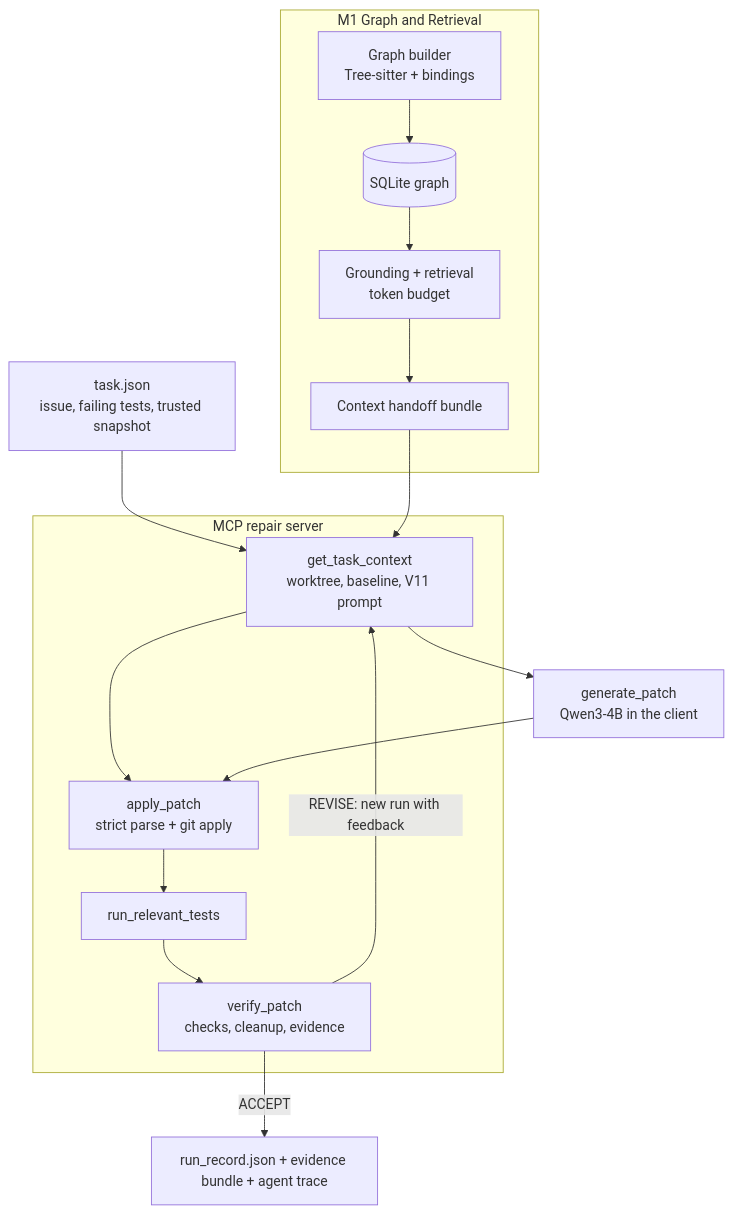
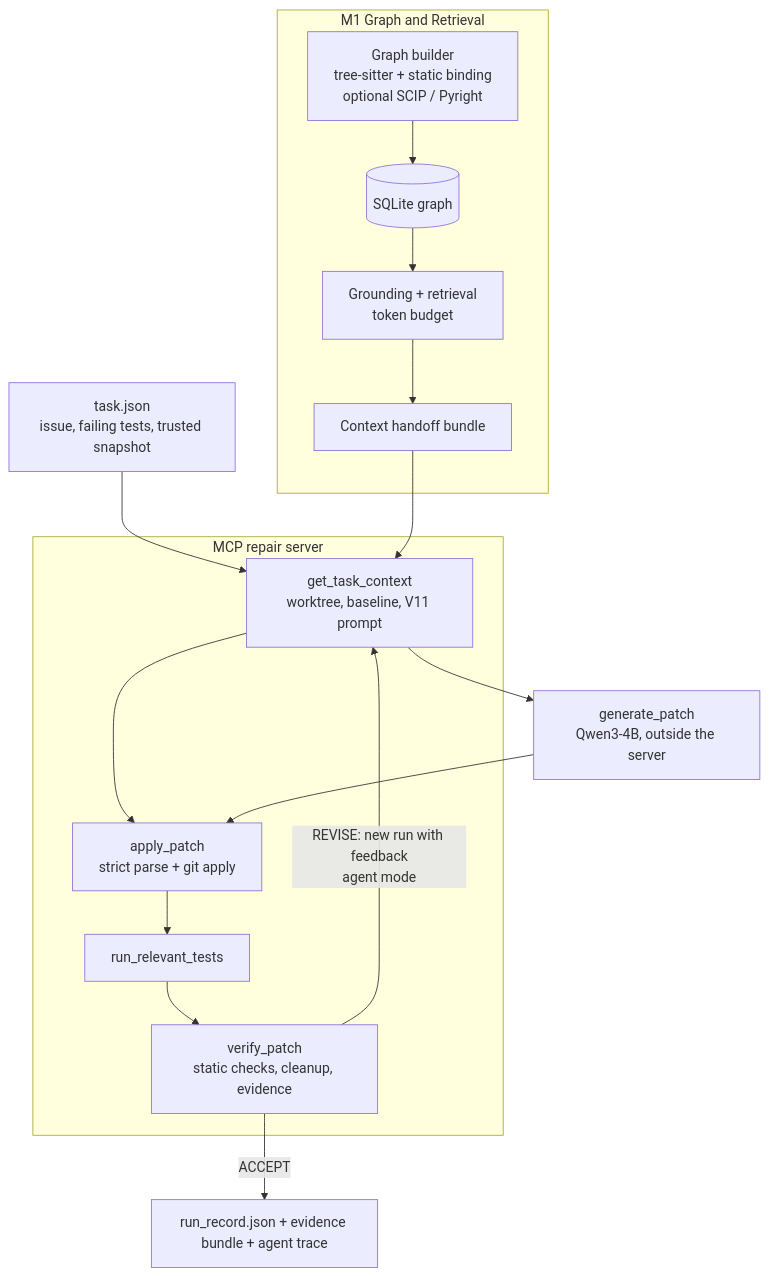
Before and after one commit to GauKho/VGAR: the second of 2 diagrams in README.md, drawn with Mermaid. The commit also changed other lines of this file, not shown here.

````diff
--- a/README.md
+++ b/README.md
@@ -64,19 +152,19 @@
 ```mermaid
 flowchart TD
     T[task.json<br/>issue, failing tests, trusted snapshot] --> C
     subgraph M1[M1 Graph and Retrieval]
-        GB[Graph builder<br/>Tree-sitter + bindings] --> ST[(SQLite graph)]
+        GB[Graph builder<br/>tree-sitter + static binding<br/>optional SCIP / Pyright] --> ST[(SQLite graph)]
         ST --> GR[Grounding + retrieval<br/>token budget]
         GR --> H[Context handoff bundle]
     end
     H --> C
     subgraph MCP[MCP repair server]
         C[get_task_context<br/>worktree, baseline, V11 prompt] --> A[apply_patch<br/>strict parse + git apply]
         A --> R[run_relevant_tests]
-        R --> V[verify_patch<br/>checks, cleanup, evidence]
+        R --> V[verify_patch<br/>static checks, cleanup, evidence]
     end
-    C --> GEN[generate_patch<br/>Qwen3-4B in the client]
+    C --> GEN[generate_patch<br/>Qwen3-4B, outside the server]
     GEN --> A
-    V -->|REVISE: new run with feedback| C
+    V -->|REVISE: new run with feedback<br/>agent mode| C
     V -->|ACCEPT| OUT[run_record.json + evidence bundle + agent trace]
 ```
````
